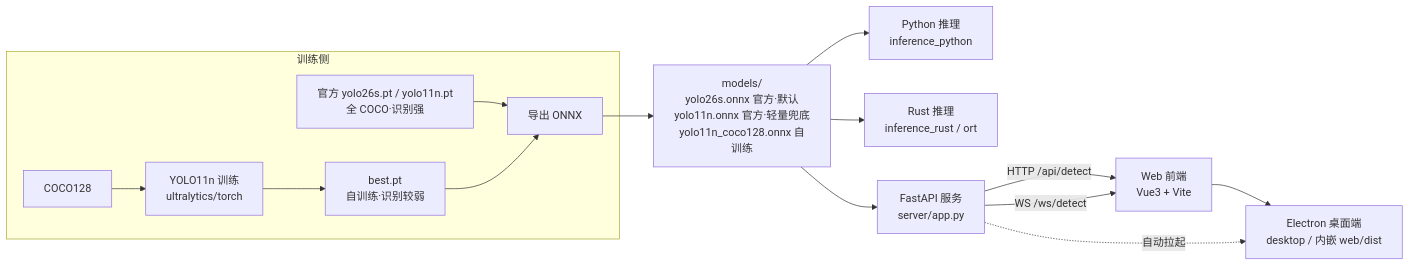
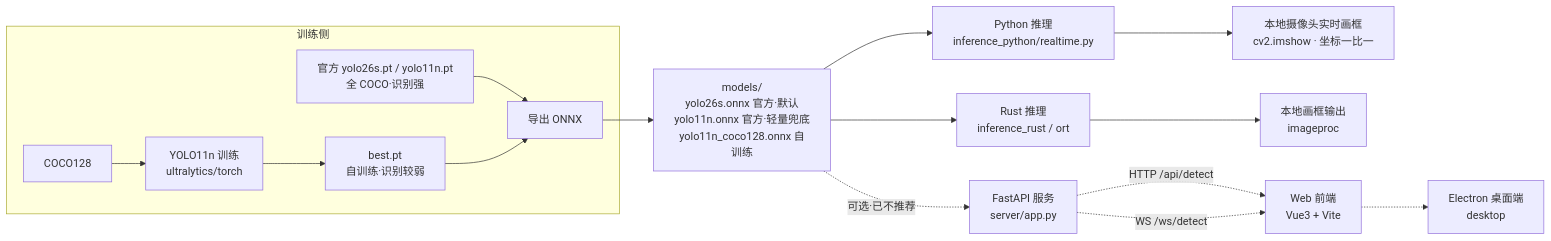
One commit to hwg2006/yolo-realtime changed the diagram in README.md. Above: the diagram before and after it, drawn with Mermaid. The commit also changed other lines of this file and 1 other file, not shown here.

First line of the commit message:
docs: 主线改为本地摄像头实时画框，Web/桌面标注为可选（canvas 坐标偏移）

````diff
--- a/README.md
+++ b/README.md
@@ -97,19 +115,20 @@
 ```mermaid
 flowchart LR
     subgraph 训练侧
         A[COCO128] --> B[YOLO11n 训练<br/>ultralytics/torch]
         B --> C[best.pt<br/>自训练·识别较弱]
         P[官方 yolo26s.pt / yolo11n.pt<br/>全 COCO·识别强] --> D[导出 ONNX]
         C --> D
     end
     D --> M[models/<br/>yolo26s.onnx 官方·默认<br/>yolo11n.onnx 官方·轻量兜底<br/>yolo11n_coco128.onnx 自训练]
 
-    M --> E[Python 推理<br/>inference_python]
+    M --> E[Python 推理<br/>inference_python/realtime.py]
     M --> F[Rust 推理<br/>inference_rust / ort]
-    M --> G[FastAPI 服务<br/>server/app.py]
+    E --> J[本地摄像头实时画框<br/>cv2.imshow · 坐标一比一]
+    F --> K[本地画框输出<br/>imageproc]
 
-    G -- HTTP /api/detect --> H[Web 前端<br/>Vue3 + Vite]
-    G -- WS /ws/detect --> H
-    H --> I[Electron 桌面端<br/>desktop / 内嵌 web/dist]
-    G -. 自动拉起 .-> I
+    M -. 可选·已不推荐 .-> G[FastAPI 服务<br/>server/app.py]
+    G -. HTTP /api/detect .-> H[Web 前端<br/>Vue3 + Vite]
+    G -. WS /ws/detect .-> H
+    H -.-> I[Electron 桌面端<br/>desktop]
 ```
````
